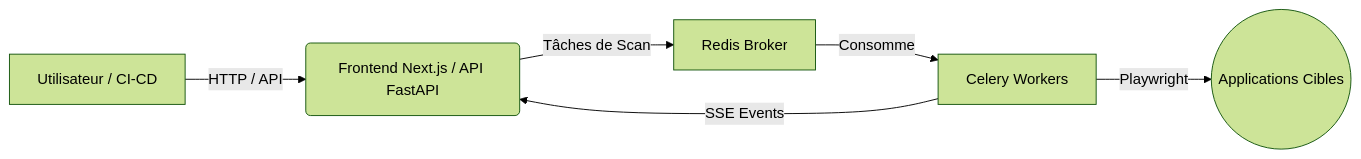
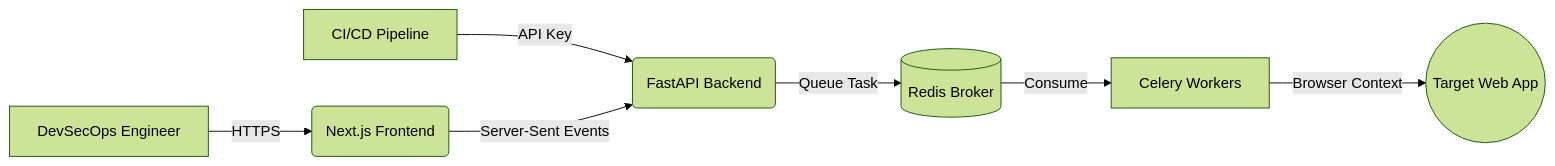
One commit to xeanoob/sentinel changed the diagram in README.md. Above: the diagram before and after it, drawn with Mermaid (forest theme). The commit also changed other lines of this file, not shown here.

````diff
--- a/README.md
+++ b/README.md
@@ -34,8 +80,9 @@
 ```mermaid
 graph LR
-    A[Utilisateur / CI-CD] -->|HTTP / API| B(Frontend Next.js / API FastAPI)
-    B -->|Tâches de Scan| C[Redis Broker]
-    C -->|Consomme| D[Celery Workers]
-    D -->|Playwright| E((Applications Cibles))
-    D -->|SSE Events| B
+    User[DevSecOps Engineer] -->|HTTPS| Dashboard(Next.js Frontend)
+    Pipeline[CI/CD Pipeline] -->|API Key| API(FastAPI Backend)
+    Dashboard -->|Server-Sent Events| API
+    API -->|Queue Task| Redis[(Redis Broker)]
+    Redis -->|Consume| Celery[Celery Workers]
+    Celery -->|Browser Context| Target((Target Web App))
 ```
````
